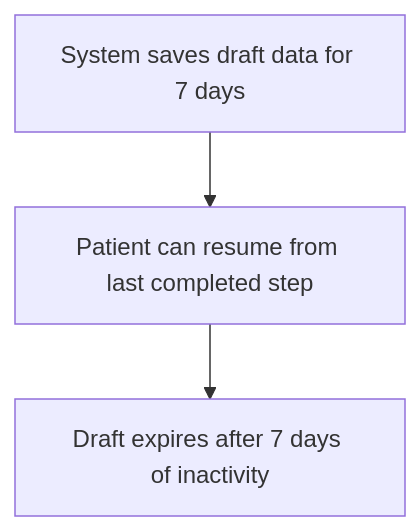
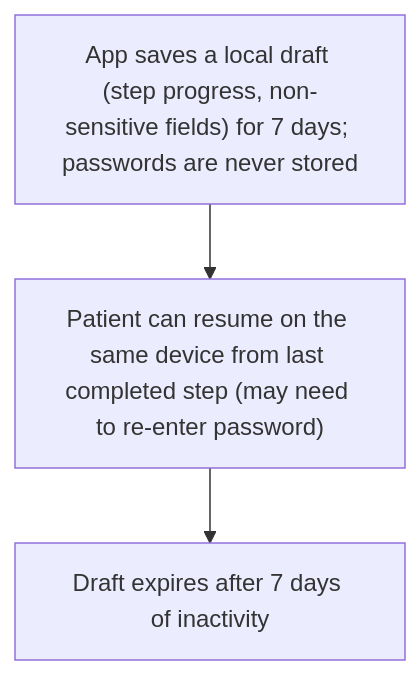
One commit to joachimtrungtuan/hairline-pm-docs changed the second of 13 diagrams in project-requirements/functional-requirements/fr001-patient-authentication/prd.md. Above: the diagram before and after it, drawn with Mermaid. The commit also changed other lines of this file and 4 other files, not shown here.

Commit message:
Update progress report, re-verify FR-001 and update currency exchange management flow

````diff
--- a/project-requirements/functional-requirements/fr001-patient-authentication/prd.md
+++ b/project-requirements/functional-requirements/fr001-patient-authentication/prd.md
@@ -137,5 +137,5 @@
 ```mermaid
 flowchart TD
-  W1A1_1["System saves draft data for 7 days"] --> W1A1_2["Patient can resume from last completed step"]
+  W1A1_1["App saves a local draft (step progress, non-sensitive fields) for 7 days; passwords are never stored"] --> W1A1_2["Patient can resume on the same device from last completed step (may need to re-enter password)"]
   W1A1_2 --> W1A1_3["Draft expires after 7 days of inactivity"]
 ```
````
